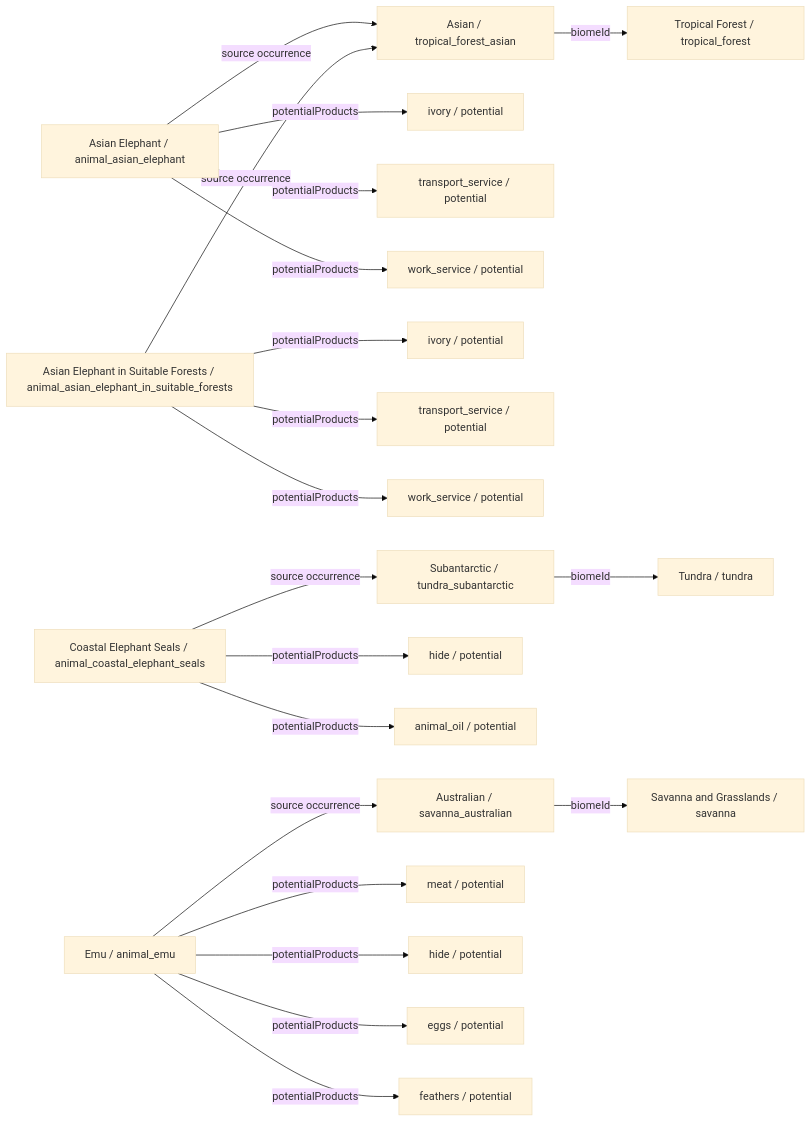
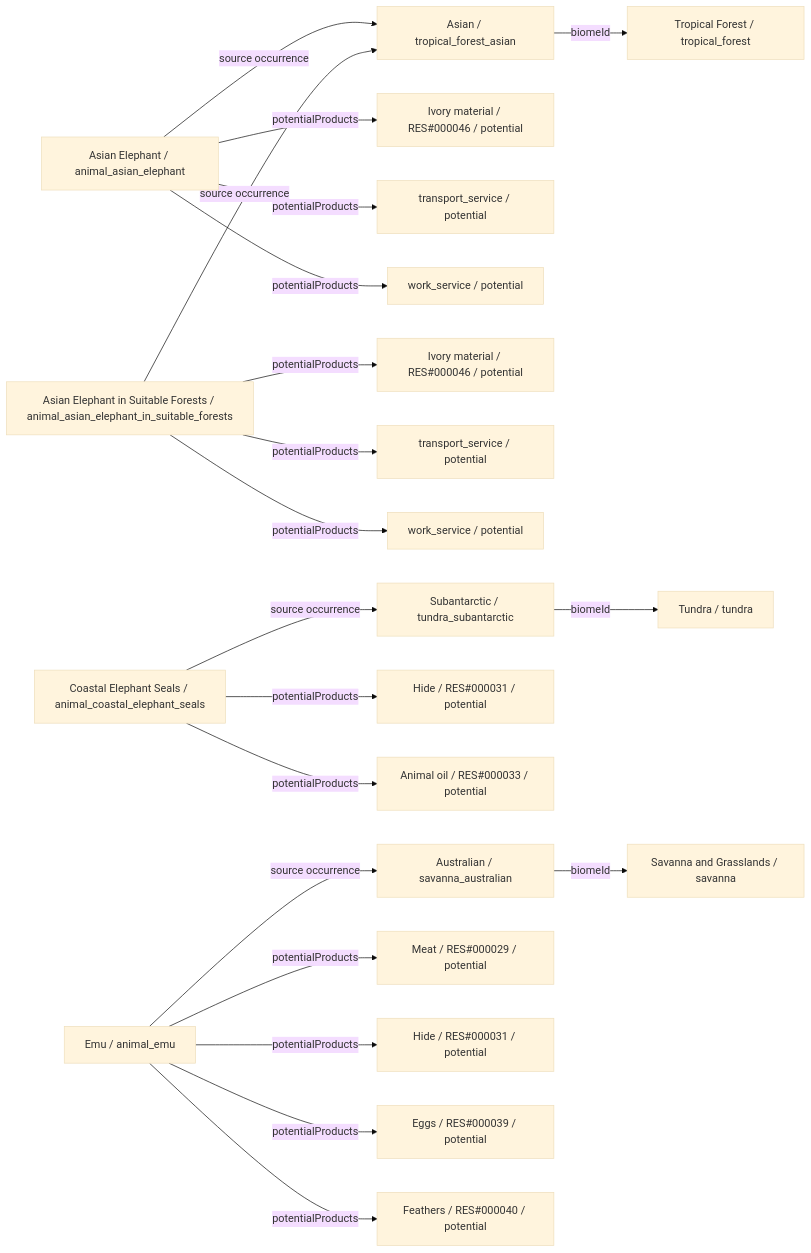
Before and after one commit to fgabo404/EvolveDoc: diagram 12 of 34 in data/animals/DIAGRAMS.md, drawn with Mermaid (base theme). The commit also changed other lines of this file and 50 other files, not shown here.

````diff
--- a/data/animals/DIAGRAMS.md
+++ b/data/animals/DIAGRAMS.md
@@ -617,44 +617,44 @@
 ```mermaid
 flowchart LR
     c0["Asian Elephant / animal_asian_elephant"]
     v2["Asian / tropical_forest_asian"]
     b0["Tropical Forest / tropical_forest"]
-    o0_0["ivory / potential"]
+    o0_0["Ivory material / RES#000046 / potential"]
     o0_1["transport_service / potential"]
     o0_2["work_service / potential"]
     c1["Asian Elephant in Suitable Forests / animal_asian_elephant_in_suitable_forests"]
-    o1_0["ivory / potential"]
+    o1_0["Ivory material / RES#000046 / potential"]
     o1_1["transport_service / potential"]
     o1_2["work_service / potential"]
     c2["Coastal Elephant Seals / animal_coastal_elephant_seals"]
     v10["Subantarctic / tundra_subantarctic"]
     b2["Tundra / tundra"]
-    o2_0["hide / potential"]
-    o2_1["animal_oil / potential"]
+    o2_0["Hide / RES#000031 / potential"]
+    o2_1["Animal oil / RES#000033 / potential"]
     c3["Emu / animal_emu"]
     v14["Australian / savanna_australian"]
     b3["Savanna and Grasslands / savanna"]
-    o3_0["meat / potential"]
-    o3_1["hide / potential"]
-    o3_2["eggs / potential"]
-    o3_3["feathers / potential"]
+    o3_0["Meat / RES#000029 / potential"]
+    o3_1["Hide / RES#000031 / potential"]
+    o3_2["Eggs / RES#000039 / potential"]
+    o3_3["Feathers / RES#000040 / potential"]
     c0 -->|potentialProducts| o0_0
     c0 -->|potentialProducts| o0_1
     c0 -->|potentialProducts| o0_2
     c0 -->|source occurrence| v2
     c1 -->|potentialProducts| o1_0
     c1 -->|potentialProducts| o1_1
     c1 -->|potentialProducts| o1_2
     c1 -->|source occurrence| v2
     c2 -->|potentialProducts| o2_0
     c2 -->|potentialProducts| o2_1
     c2 -->|source occurrence| v10
     c3 -->|potentialProducts| o3_0
     c3 -->|potentialProducts| o3_1
     c3 -->|potentialProducts| o3_2
     c3 -->|potentialProducts| o3_3
     c3 -->|source occurrence| v14
     v10 -->|biomeId| b2
     v14 -->|biomeId| b3
     v2 -->|biomeId| b0
 ```
````
